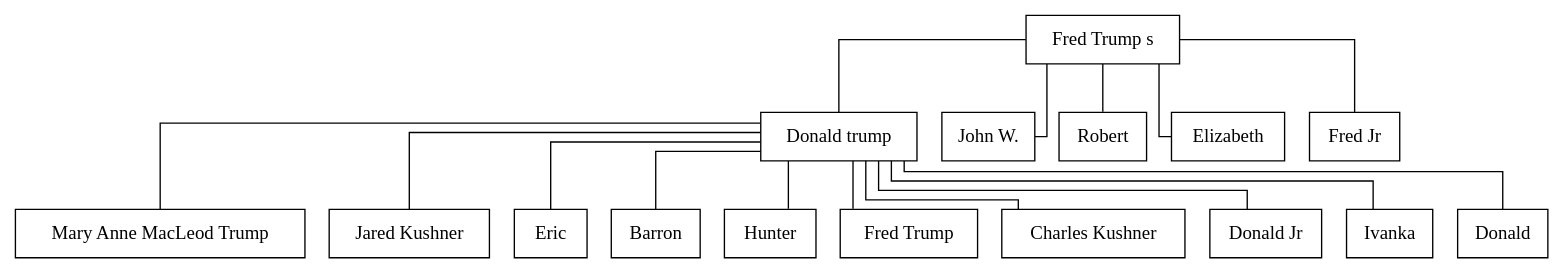
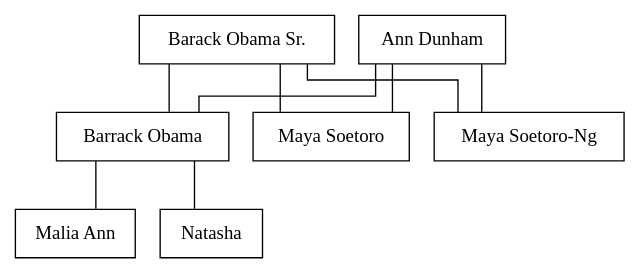
One commit to GlennOlsson/CSC482-FinalProj changed the diagram in output.dot. Above: the diagram before and after it, drawn with Graphviz. The commit also changed 4 other files, not shown here.

```diff
--- a/output.dot
+++ b/output.dot
@@ -1,37 +1,21 @@
 
 digraph
 {
 splines = ortho;
-Donaldtrump337798552938528423109845501003532130165 [shape=box, label = "Donald trump", color = black];
-FredTrumps211584870379719433522202467883688509250 [shape=box, label = "Fred Trump s", color = black];
-JohnW29686833326623790329081947558500499730 [shape=box, label = "John W.", color = black];
-Robert77467262665232455243051364228762012549 [shape=box, label = "Robert", color = black];
-Elizabeth328463463080707308208073658976311738495 [shape=box, label = "Elizabeth", color = black];
-FredJr99730315107238795997807220411550506771 [shape=box, label = "Fred Jr", color = black];
-MaryAnneMacLeodTrump228197195099878512032152755171545239813 [shape=box, label = "Mary Anne MacLeod Trump", color = black];
-JaredKushner296601049947996971851075162123270845136 [shape=box, label = "Jared Kushner", color = black];
-Eric262113980238018460501043020606363910657 [shape=box, label = "Eric", color = black];
-Barron253005366366798137969302725101364906900 [shape=box, label = "Barron", color = black];
-Hunter106864500146364959829120691514994526044 [shape=box, label = "Hunter", color = black];
-FredTrump172041802310131251807235905506698837450 [shape=box, label = "Fred Trump", color = black];
-CharlesKushner288233300557309588032227332052549299109 [shape=box, label = "Charles Kushner", color = black];
-DonaldJr295220023583459486053210088601501723993 [shape=box, label = "Donald Jr", color = black];
-Ivanka249170916349778858476993329348012105906 [shape=box, label = "Ivanka", color = black];
-Donald307493073925679856962608357643455945128 [shape=box, label = "Donald", color = black];
+BarrackObama173654596218270009389969731819165541687 [shape=box, label = "Barrack Obama", color = black];
+BarackObamaSr278338976647676918610921160085047944460 [shape=box, label = "Barack Obama Sr.", color = black];
+MayaSoetoro124522503537049615331116534837314183582 [shape=box, label = "Maya Soetoro", color = black];
+AnnDunham290886245260362944434875252585336843694 [shape=box, label = "Ann Dunham", color = black];
+MayaSoetoroNg324404100067455197016121015099749796686 [shape=box, label = "Maya Soetoro-Ng", color = black];
+MaliaAnn277240685359181912636209133755730386675 [shape=box, label = "Malia Ann", color = black];
+Natasha5925525328329766867168503523246253623 [shape=box, label = "Natasha", color = black];
 
-Donaldtrump337798552938528423109845501003532130165 -> Donald307493073925679856962608357643455945128 [dir=none];
-FredTrumps211584870379719433522202467883688509250 -> Donaldtrump337798552938528423109845501003532130165 [dir=none];
-FredTrumps211584870379719433522202467883688509250 -> Elizabeth328463463080707308208073658976311738495 [dir=none];
-FredTrumps211584870379719433522202467883688509250 -> Robert77467262665232455243051364228762012549 [dir=none];
-Donaldtrump337798552938528423109845501003532130165 -> DonaldJr295220023583459486053210088601501723993 [dir=none];
-Donaldtrump337798552938528423109845501003532130165 -> FredTrump172041802310131251807235905506698837450 [dir=none];
-Donaldtrump337798552938528423109845501003532130165 -> CharlesKushner288233300557309588032227332052549299109 [dir=none];
-Donaldtrump337798552938528423109845501003532130165 -> JaredKushner296601049947996971851075162123270845136 [dir=none];
-Donaldtrump337798552938528423109845501003532130165 -> MaryAnneMacLeodTrump228197195099878512032152755171545239813 [dir=none];
-Donaldtrump337798552938528423109845501003532130165 -> Ivanka249170916349778858476993329348012105906 [dir=none];
-Donaldtrump337798552938528423109845501003532130165 -> Hunter106864500146364959829120691514994526044 [dir=none];
-Donaldtrump337798552938528423109845501003532130165 -> Barron253005366366798137969302725101364906900 [dir=none];
-Donaldtrump337798552938528423109845501003532130165 -> Eric262113980238018460501043020606363910657 [dir=none];
-FredTrumps211584870379719433522202467883688509250 -> FredJr99730315107238795997807220411550506771 [dir=none];
-FredTrumps211584870379719433522202467883688509250 -> JohnW29686833326623790329081947558500499730 [dir=none];
+AnnDunham290886245260362944434875252585336843694 -> BarrackObama173654596218270009389969731819165541687 [dir=none];
+BarrackObama173654596218270009389969731819165541687 -> MaliaAnn277240685359181912636209133755730386675 [dir=none];
+AnnDunham290886245260362944434875252585336843694 -> MayaSoetoro124522503537049615331116534837314183582 [dir=none];
+AnnDunham290886245260362944434875252585336843694 -> MayaSoetoroNg324404100067455197016121015099749796686 [dir=none];
+BarrackObama173654596218270009389969731819165541687 -> Natasha5925525328329766867168503523246253623 [dir=none];
+BarackObamaSr278338976647676918610921160085047944460 -> BarrackObama173654596218270009389969731819165541687 [dir=none];
+BarackObamaSr278338976647676918610921160085047944460 -> MayaSoetoroNg324404100067455197016121015099749796686 [dir=none];
+BarackObamaSr278338976647676918610921160085047944460 -> MayaSoetoro124522503537049615331116534837314183582 [dir=none];
 }
```
